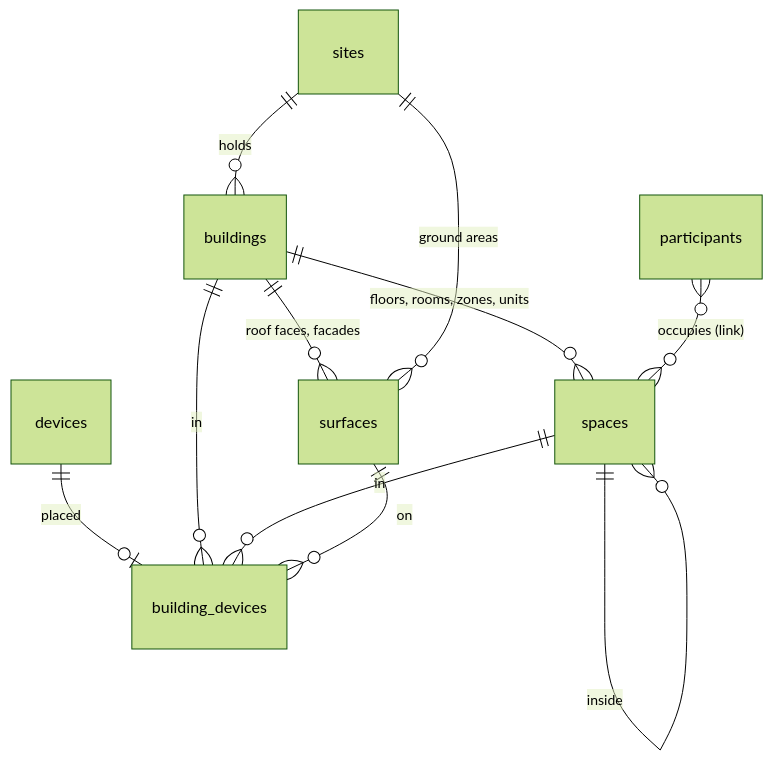
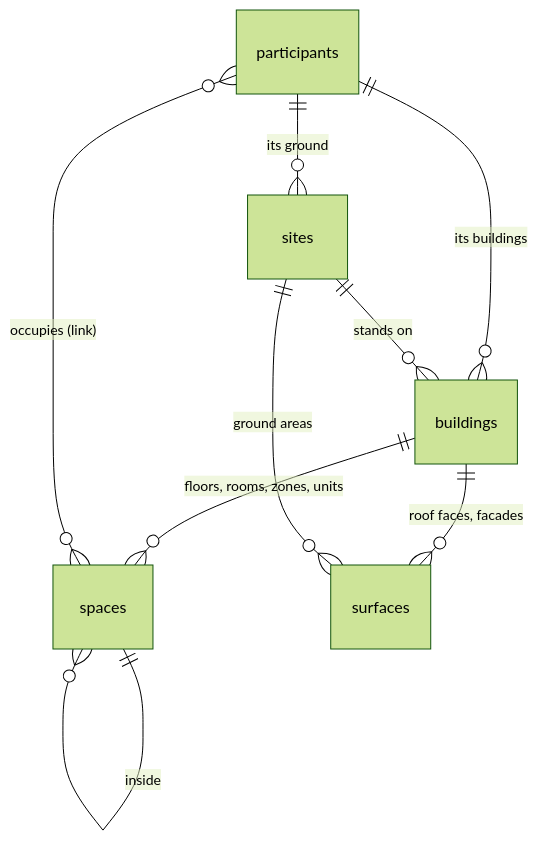
One commit to nexgen-os/nexgen-os changed the second of 2 diagrams in docs/model.md. Above: the diagram before and after it, drawn with Mermaid (forest theme). The commit also changed other lines of this file and 19 other files, not shown here.

````diff
--- a/docs/model.md
+++ b/docs/model.md
@@ -60,13 +60,11 @@
 ```mermaid
 erDiagram
-  sites ||--o{ buildings : holds
+  participants ||--o{ sites : "its ground"
+  participants ||--o{ buildings : "its buildings"
+  sites ||--o{ buildings : "stands on"
   buildings ||--o{ spaces : "floors, rooms, zones, units"
   spaces ||--o{ spaces : "inside"
   buildings ||--o{ surfaces : "roof faces, facades"
   sites ||--o{ surfaces : "ground areas"
-  devices ||--o| building_devices : "placed"
-  buildings ||--o{ building_devices : in
-  spaces ||--o{ building_devices : in
-  surfaces ||--o{ building_devices : on
   participants }o--o{ spaces : "occupies (link)"
 ```
````
